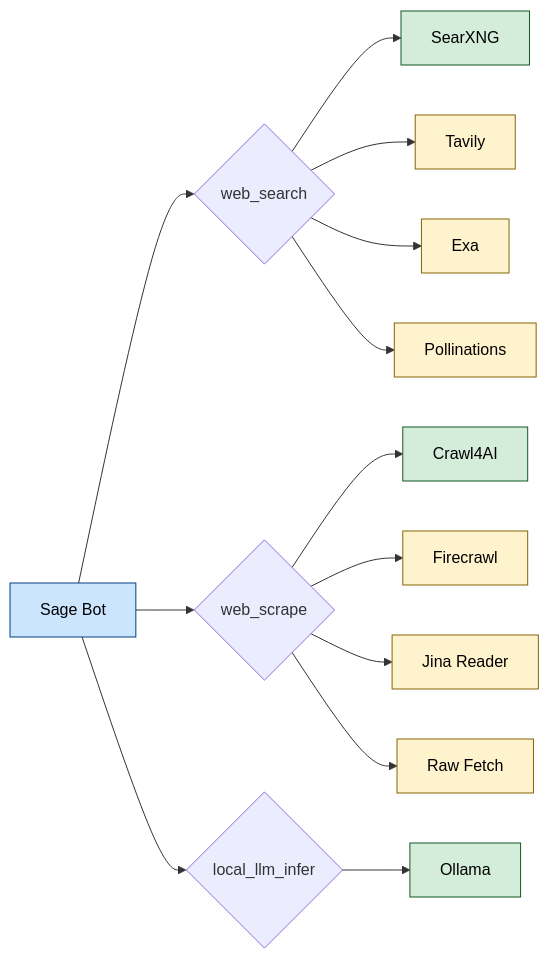
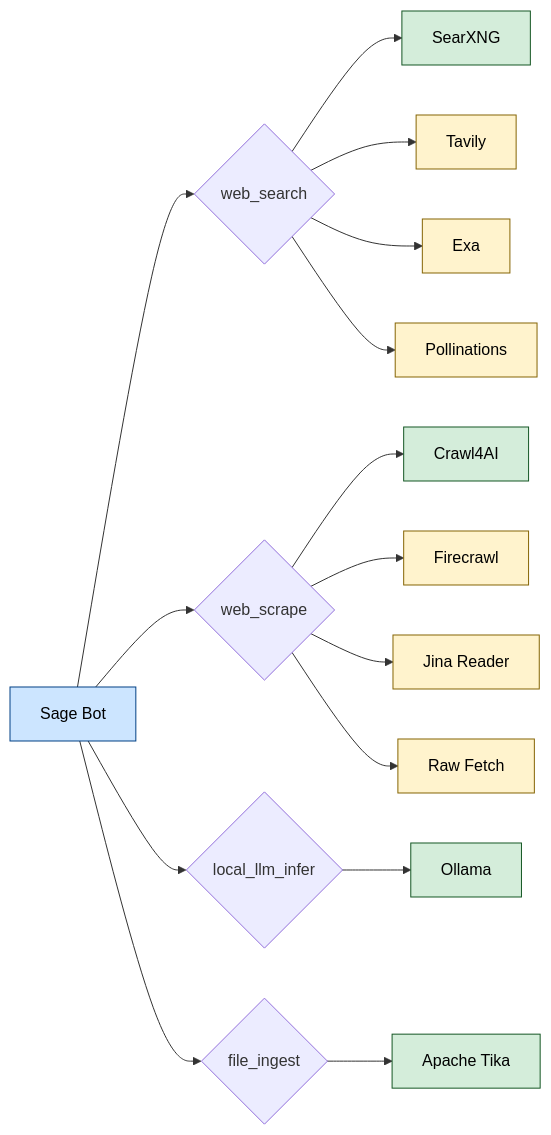
The diagram in docs/operations/TOOL_STACK.md (BokX1/Sage), drawn with Mermaid before and after one commit. The commit also changed other lines of this file and 33 other files, not shown here.

````diff
--- a/docs/operations/TOOL_STACK.md
+++ b/docs/operations/TOOL_STACK.md
@@ -37,22 +37,24 @@
 ```mermaid
 flowchart LR
     classDef local fill:#d4edda,stroke:#155724,color:black
     classDef hosted fill:#fff3cd,stroke:#856404,color:black
     classDef sage fill:#cce5ff,stroke:#004085,color:black
 
     S[Sage Bot]:::sage --> WS{web_search}
     S --> WC{web_scrape}
     S --> LI{local_llm_infer}
+    S --> FI{file_ingest}
 
     WS --> S1[SearXNG]:::local
     WS --> S2[Tavily]:::hosted
     WS --> S3[Exa]:::hosted
     WS --> S4[Pollinations]:::hosted
 
     WC --> C1[Crawl4AI]:::local
     WC --> C2[Firecrawl]:::hosted
     WC --> C3[Jina Reader]:::hosted
     WC --> C4[Raw Fetch]:::hosted
 
     LI --> O1[Ollama]:::local
+    FI --> T1[Apache Tika]:::local
 ```
````
